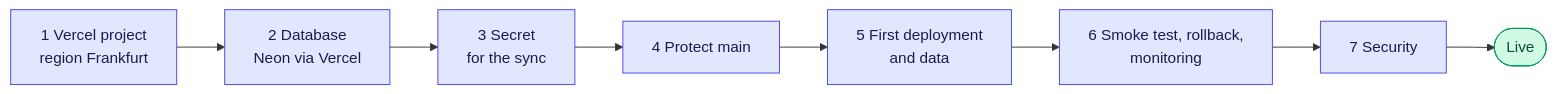
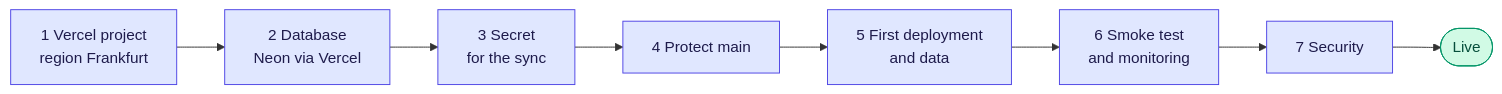
One commit to tomdevtech/ExoFinder changed the third of 12 diagrams in docs/DEPLOYMENT.md. Above: the diagram before and after it, drawn with Mermaid. The commit also changed other lines of this file and 6 other files, not shown here.

First line of the commit message:
Put a production deployment live only after its smoke test has passed

````diff
--- a/docs/DEPLOYMENT.md
+++ b/docs/DEPLOYMENT.md
@@ -57,8 +58,8 @@
 ```mermaid
 flowchart LR
     S1[1 Vercel project<br>region Frankfurt]:::step --> S2[2 Database<br>Neon via Vercel]:::step --> S3[3 Secret<br>for the sync]:::step --> S4[4 Protect main]:::step
-    S4 --> S5[5 First deployment<br>and data]:::step --> S6[6 Smoke test, rollback,<br>monitoring]:::step --> S7[7 Security]:::step --> Done([Live]):::done
+    S4 --> S5[5 First deployment<br>and data]:::step --> S6[6 Smoke test<br>and monitoring]:::step --> S7[7 Security]:::step --> Done([Live]):::done
 
     classDef step fill:#e0e7ff,stroke:#4f46e5,color:#1e1b4b
     classDef done fill:#d1fae5,stroke:#059669,color:#064e3b
 ```
````
